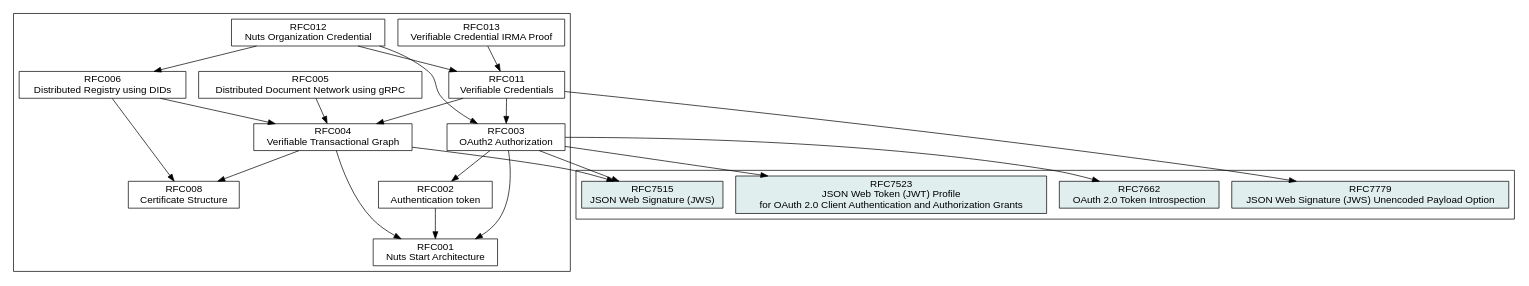
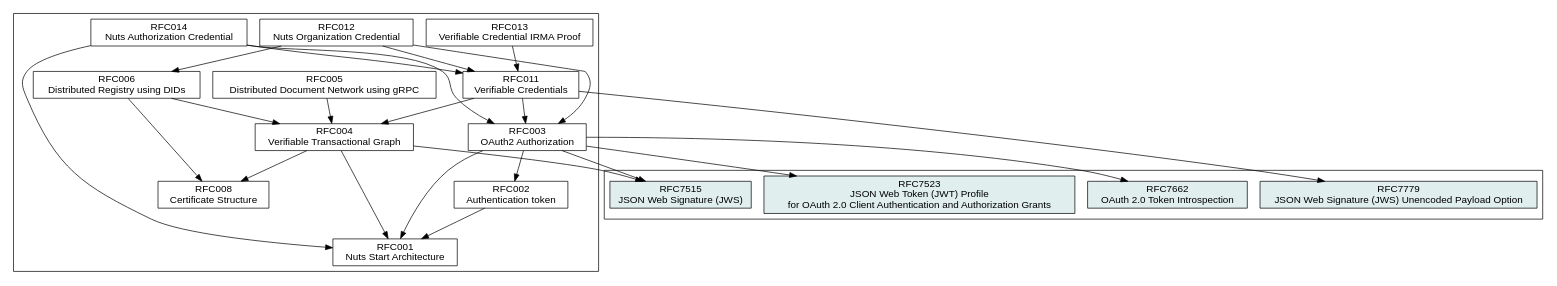
One commit to nuts-foundation/nuts-specification changed the diagram in .gitbook/source/spec-relations.dot. Above: the diagram before and after it, drawn with Graphviz. The commit also changed 5 other files, not shown here.

```diff
--- a/.gitbook/source/spec-relations.dot
+++ b/.gitbook/source/spec-relations.dot
@@ -1,56 +1,61 @@
 digraph D {
     graph [fontname = "helvetica"];
     node [fontname = "helvetica",shape=box];
     edge [fontname = "helvetica"];
     root = RFC001;
     overlap = false;
 
     // Internal RFCs
     subgraph cluster_internal {
         RFC001 [label = "RFC001\nNuts Start Architecture",href = "rfc001-nuts-start-architecture"];
         RFC002 [label = "RFC002\nAuthentication token",href = "rfc002-authentication-token"];
         RFC003 [label = "RFC003\nOAuth2 Authorization",href = "rfc003-oauth2-authorization"];
         RFC004 [label = "RFC004\nVerifiable Transactional Graph",href = "rfc004-verifiable-transactional-graph"];
         RFC005 [label = "RFC005\nDistributed Document Network using gRPC",href = "rfc005-distributed-document-network-grpc"];
         RFC006 [label = "RFC006\nDistributed Registry using DIDs",href = "rfc006-distributed-registry"];
         RFC008 [label = "RFC008\nCertificate Structure",href = "rfc008-certificate-structure"];
         RFC011 [label = "RFC011\nVerifiable Credentials",href = "rfc011-verifiable-credential"];
         RFC012 [label = "RFC012\nNuts Organization Credential",href = "rfc012-nuts-organization-credential"];
         RFC013 [label = "RFC013\nVerifiable Credential IRMA Proof",href = "rfc013-vc-irma-proof"];
+        RFC014 [label = "RFC014\nNuts Authorization Credential",href = "rfc014-authorization-credential"];
     }
 
     // External RFCs
     subgraph cluster_external {
         RFC7779_EXT [label = "RFC7779\nJSON Web Signature (JWS) Unencoded Payload Option", href = "https://datatracker.ietf.org/doc/html/rfc7797", fillcolor = azure2, style = filled]
         RFC7662_EXT [label = "RFC7662\nOAuth 2.0 Token Introspection", href = "https://tools.ietf.org/html/rfc7662", fillcolor = azure2, style = filled]
         RFC7523_EXT [label = "RFC7523\nJSON Web Token (JWT) Profile\nfor OAuth 2.0 Client Authentication and Authorization Grants", href = "https://tools.ietf.org/html/rfc7523", fillcolor = azure2, style = filled,]
         RFC7515_EXT [label = "RFC7515\nJSON Web Signature (JWS)", href = "https://tools.ietf.org/html/rfc7515", fillcolor = azure2, style = filled]
     }
 
     RFC002 -> RFC001
 
     RFC003 -> RFC001
     RFC003 -> RFC002
     RFC003 -> RFC7662_EXT
     RFC003 -> RFC7523_EXT
     RFC003 -> RFC7515_EXT
 
     RFC004 -> RFC001
     RFC004 -> RFC7515_EXT
     RFC004 -> RFC008
 
     RFC005 -> RFC004
 
     RFC006 -> RFC004
     RFC006 -> RFC008
 
     RFC011 -> RFC003
     RFC011 -> RFC004
     RFC011 -> RFC7779_EXT
 
     RFC012 -> RFC003
     RFC012 -> RFC006
     RFC012 -> RFC011
 
     RFC013 -> RFC011
+
+    RFC014 -> RFC001
+    RFC014 -> RFC003
+    RFC014 -> RFC011
 }
```
